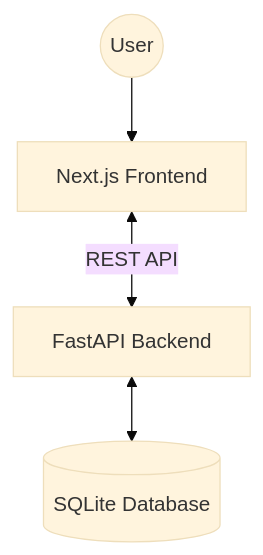
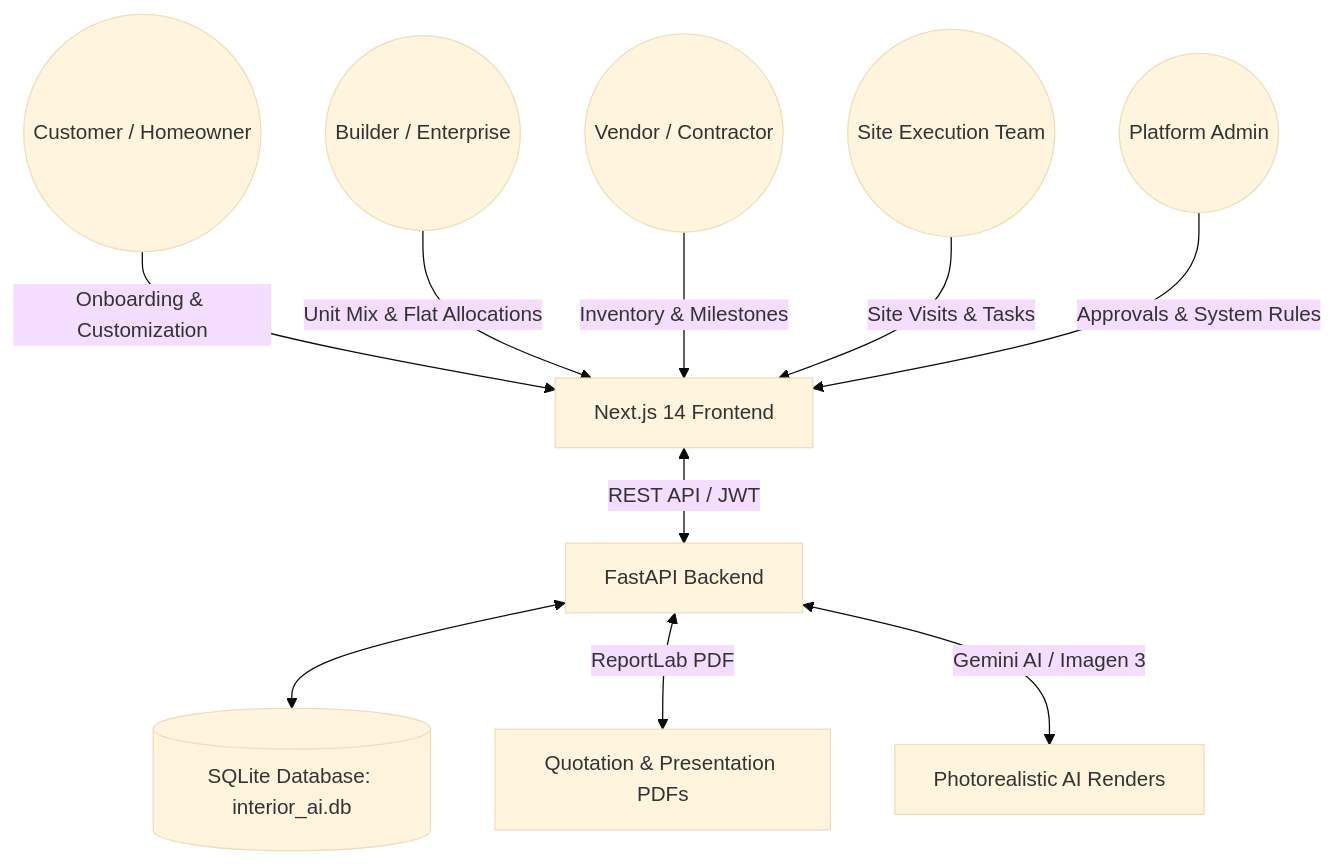
One commit to Vedant-Raju-Borker-2005/Interior_Design changed the diagram in AGENTS.md. Above: the diagram before and after it, drawn with Mermaid (base theme). The commit also changed other lines of this file and 30 other files, not shown here.

Commit message:
Project team and Admin module integration

````diff
--- a/AGENTS.md
+++ b/AGENTS.md
@@ -9,11 +11,13 @@
 ```mermaid
 graph TD
-  User((User))
-  FE[Next.js Frontend]
-  BE[FastAPI Backend]
-  DB[(SQLite Database)]
+  Customer((Customer / Homeowner)) -->|Onboarding & Customization| FE[Next.js 14 Frontend]
+  Enterprise((Builder / Enterprise)) -->|Unit Mix & Flat Allocations| FE
+  Vendor((Vendor / Contractor)) -->|Inventory & Milestones| FE
+  Team((Site Execution Team)) -->|Site Visits & Tasks| FE
+  Admin((Platform Admin)) -->|Approvals & System Rules| FE
 
-  User --> FE
-  FE <-->|REST API| BE
-  BE <--> DB
+  FE <-->|REST API / JWT| BE[FastAPI Backend]
+  BE <--> DB[(SQLite Database: interior_ai.db)]
+  BE <-->|ReportLab PDF| PDF[Quotation & Presentation PDFs]
+  BE <-->|Gemini AI / Imagen 3| AI[Photorealistic AI Renders]
 ```
````
